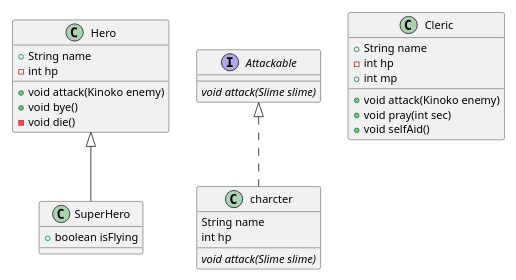
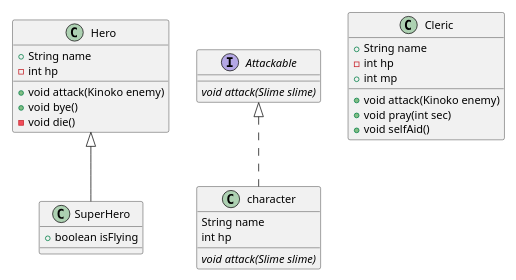
Before and after one commit to SurvivalCodingCampus/polytech_java_study: the diagram in src/main/java/com/survivalcoding/Game.puml, drawn with PlantUML. The commit also changed 2 other files, not shown here.

```diff
--- a/src/main/java/com/survivalcoding/Game.puml
+++ b/src/main/java/com/survivalcoding/Game.puml
@@ -1,39 +1,39 @@
 @startuml
 'https://plantuml.com/class-diagram
 scale 0.7
 
 class SuperHero extends Hero {
     + boolean isFlying
 }
 
 interface Attackable {
     {abstract} void attack(Slime slime)
 }
 
-class charcter implements Attackable {
+class character implements Attackable {
     String name
     int hp
 
     {abstract} void attack(Slime slime)
 }
 
 class Hero {
     + String name
     - int hp
 
     + void attack(Kinoko enemy)
     + void bye()
     - void die()
 }
 
 class Cleric {
     + String name
     - int hp
     + int mp
 
     + void attack(Kinoko enemy)
     + void pray(int sec)
     + void selfAid()
 }
 
 @enduml
```
